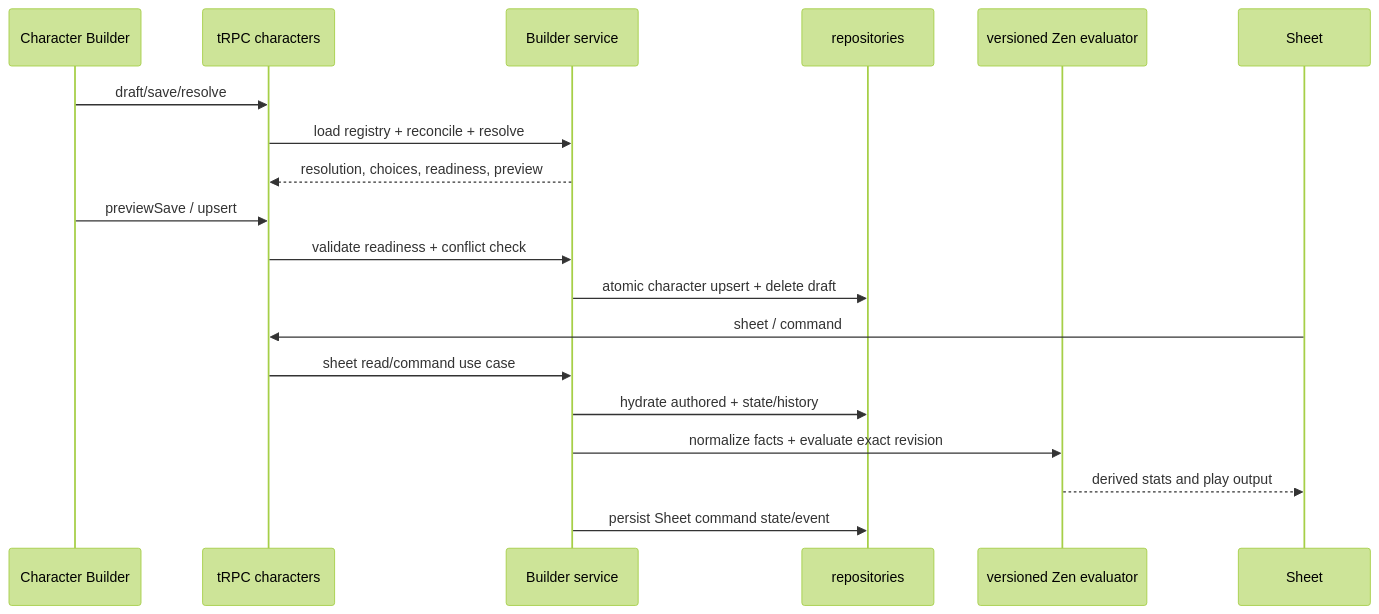
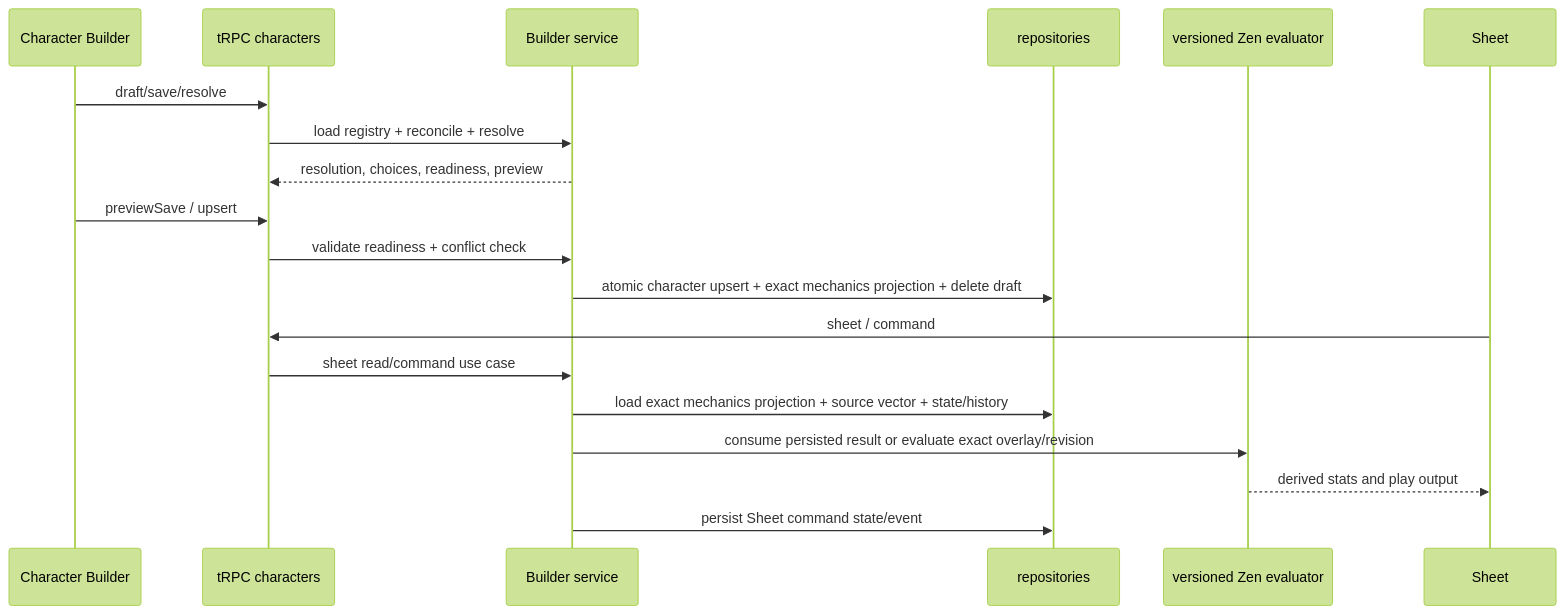
One commit to MPiland/artificer-toolkit changed the diagram in docs/architecture/character.md. Above: the diagram before and after it, drawn with Mermaid (forest theme). The commit also changed other lines of this file and 279 other files, not shown here.

````diff
--- a/docs/architecture/character.md
+++ b/docs/architecture/character.md
@@ -13,21 +13,21 @@
 ```mermaid
 sequenceDiagram
   participant UI as Character Builder
   participant API as tRPC characters
   participant B as Builder service
   participant DB as repositories
    participant E as versioned Zen evaluator
   participant S as Sheet
   UI->>API: draft/save/resolve
   API->>B: load registry + reconcile + resolve
   B-->>API: resolution, choices, readiness, preview
   UI->>API: previewSave / upsert
   API->>B: validate readiness + conflict check
-  B->>DB: atomic character upsert + delete draft
+   B->>DB: atomic character upsert + exact mechanics projection + delete draft
   S->>API: sheet / command
   API->>B: sheet read/command use case
-  B->>DB: hydrate authored + state/history
-   B->>E: normalize facts + evaluate exact revision
+   B->>DB: load exact mechanics projection + source vector + state/history
+    B->>E: consume persisted result or evaluate exact overlay/revision
   E-->>S: derived stats and play output
   B->>DB: persist Sheet command state/event
 ```
````
